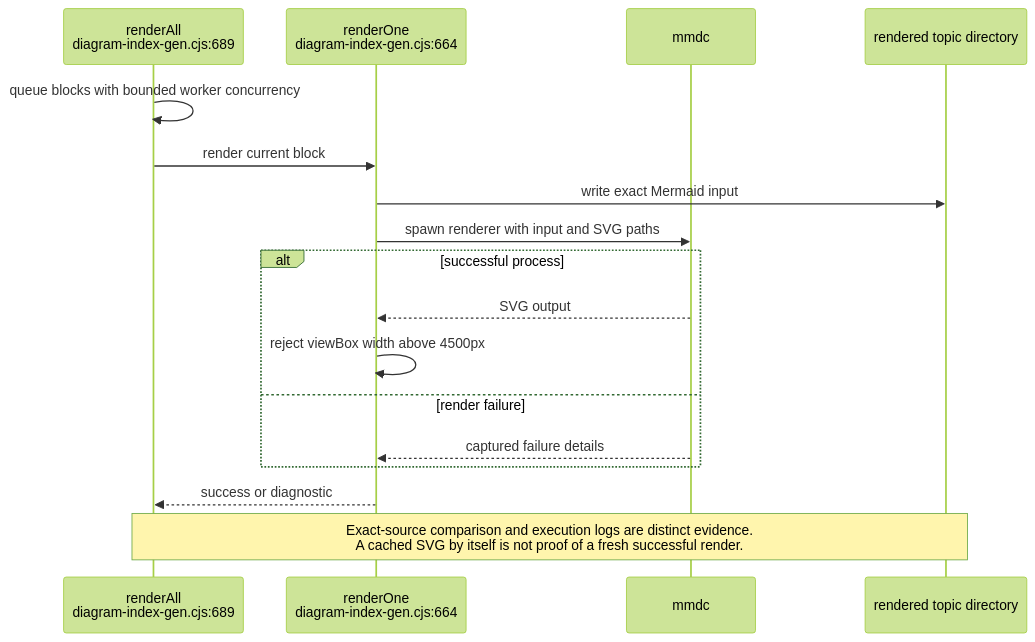
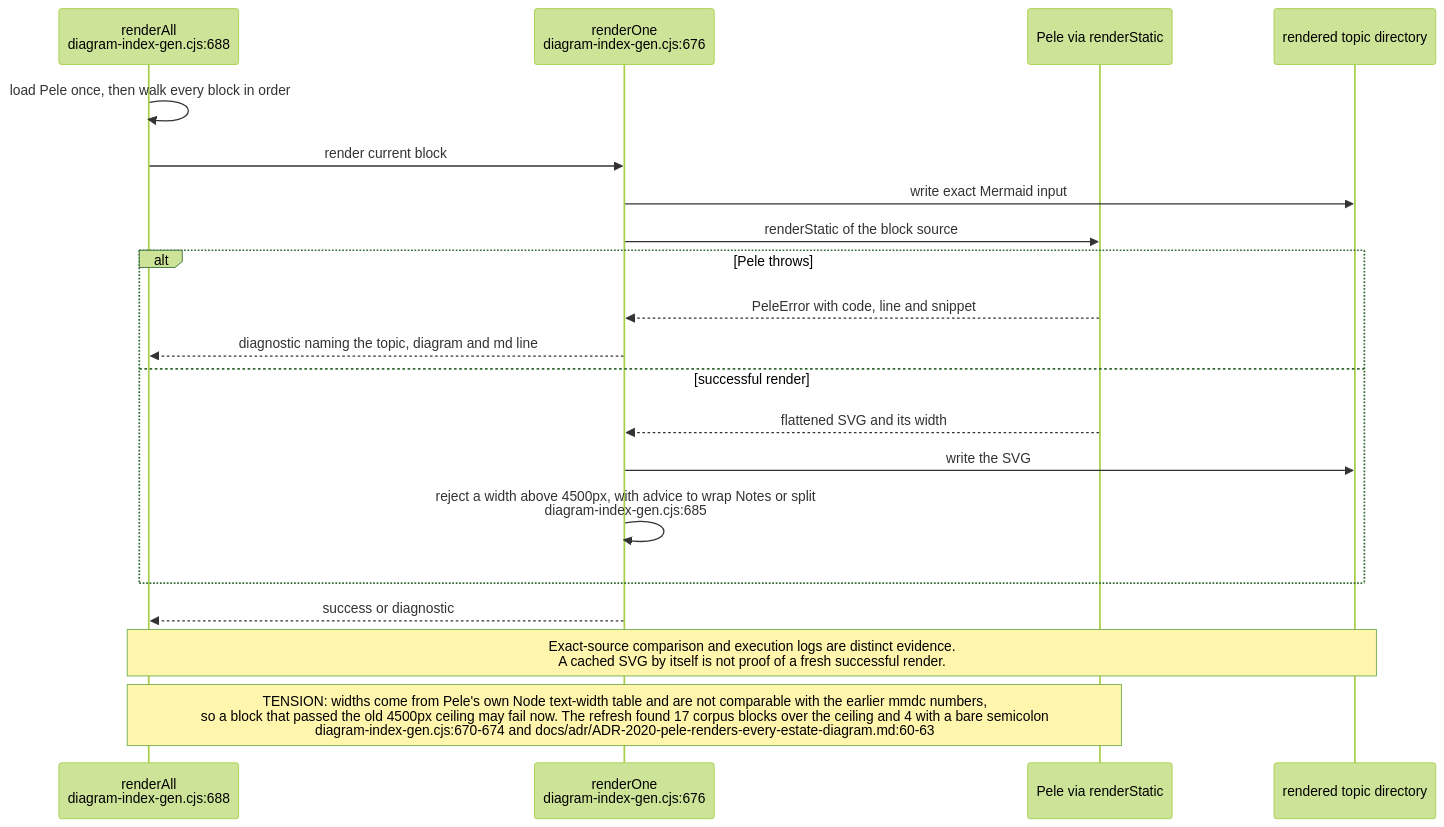
One commit to DreamLab-AI/VisionFlow changed diagram 11 of 15 in docs/diagrams/visionflow/06-diagram-tooling.md. Above: the diagram before and after it, drawn with Mermaid (forest theme). The commit also changed other lines of this file and 160 other files, not shown here.

````diff
--- a/docs/diagrams/visionflow/06-diagram-tooling.md
+++ b/docs/diagrams/visionflow/06-diagram-tooling.md
@@ -355,19 +338,22 @@
 ```mermaid
 sequenceDiagram
-    participant G as renderAll<br/>diagram-index-gen.cjs:689
-    participant R as renderOne<br/>diagram-index-gen.cjs:664
-    participant M as mmdc
+    participant G as renderAll<br/>diagram-index-gen.cjs:688
+    participant R as renderOne<br/>diagram-index-gen.cjs:676
+    participant M as Pele via renderStatic
     participant O as rendered topic directory
-    G->>G: queue blocks with bounded worker concurrency
+    G->>G: load Pele once, then walk every block in order
     G->>R: render current block
     R->>O: write exact Mermaid input
-    R->>M: spawn renderer with input and SVG paths
-    alt successful process
-        M-->>R: SVG output
-        R->>R: reject viewBox width above 4500px
-    else render failure
-        M-->>R: captured failure details
+    R->>M: renderStatic of the block source
+    alt Pele throws
+        M-->>R: PeleError with code, line and snippet
+        R-->>G: diagnostic naming the topic, diagram and md line
+    else successful render
+        M-->>R: flattened SVG and its width
+        R->>O: write the SVG
+        R->>R: reject a width above 4500px, with advice to wrap Notes or split<br/>diagram-index-gen.cjs:685
     end
     R-->>G: success or diagnostic
     Note over G,O: Exact-source comparison and execution logs are distinct evidence.<br/>A cached SVG by itself is not proof of a fresh successful render.
+    Note over G,M: TENSION: widths come from Pele's own Node text-width table and are not comparable with the earlier mmdc numbers,<br/>so a block that passed the old 4500px ceiling may fail now. The refresh found 17 corpus blocks over the ceiling and 4 with a bare semicolon<br/>diagram-index-gen.cjs:670-674 and docs/adr/ADR-2020-pele-renders-every-estate-diagram.md:60-63
 ```
````
